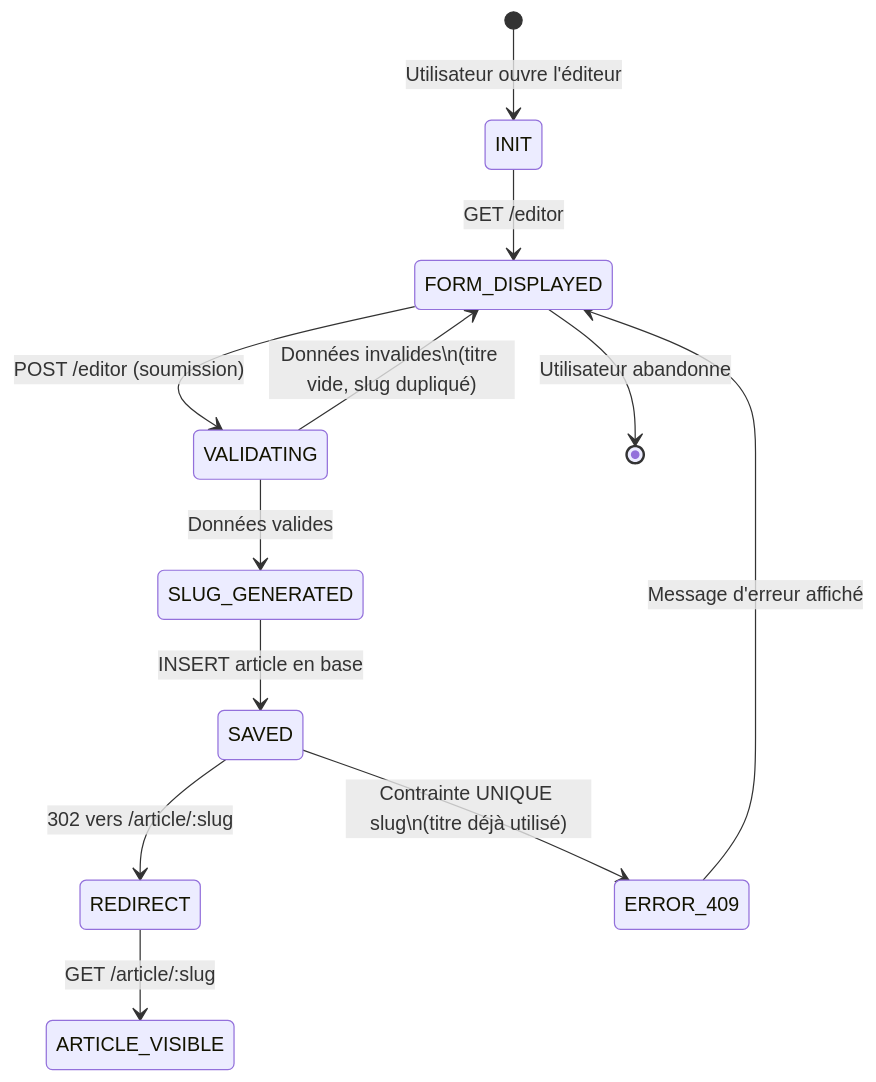
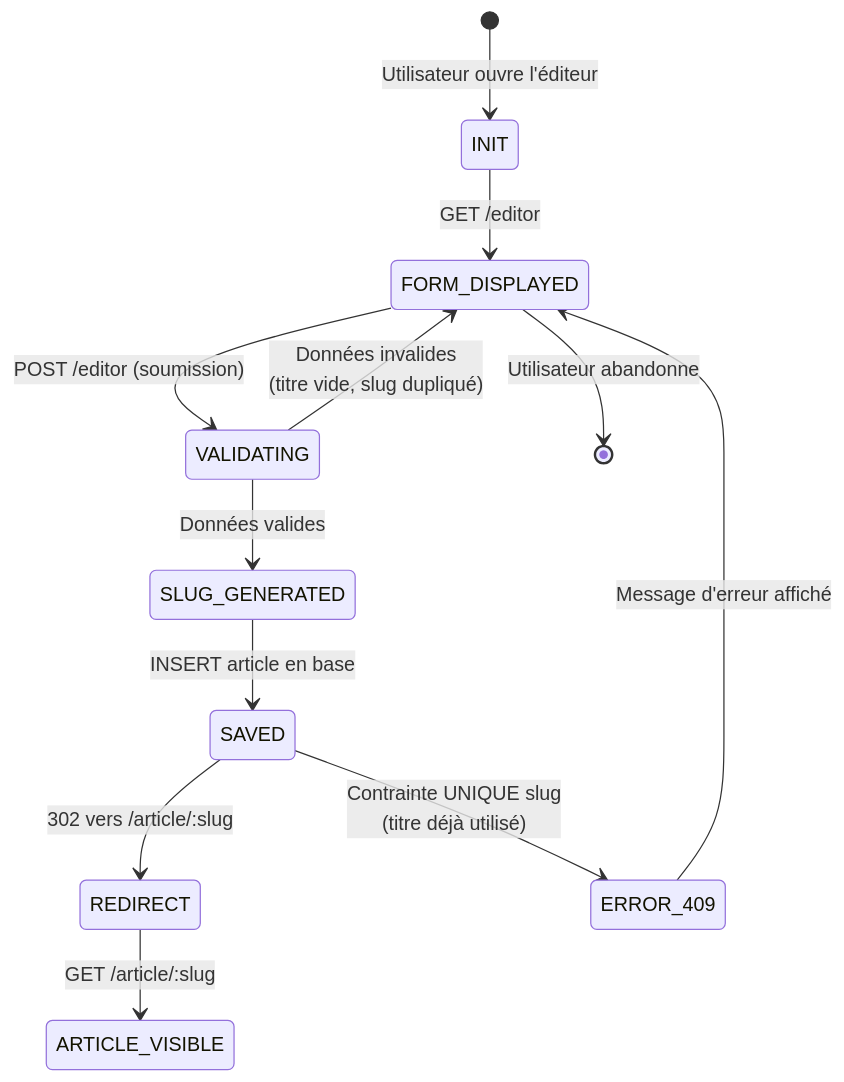
Before and after one commit to LiolluryZ/migration-ai: the sixth of 19 diagrams in MIGRATION_WORKFLOW.md, drawn with Mermaid. The commit also changed other lines of this file, not shown here.

````diff
--- a/MIGRATION_WORKFLOW.md
+++ b/MIGRATION_WORKFLOW.md
@@ -336,14 +375,14 @@
 ```mermaid
 stateDiagram-v2
     [*] --> INIT : Utilisateur ouvre l'éditeur
     INIT --> FORM_DISPLAYED : GET /editor
     FORM_DISPLAYED --> VALIDATING : POST /editor (soumission)
-    VALIDATING --> FORM_DISPLAYED : Données invalides\n(titre vide, slug dupliqué)
+    VALIDATING --> FORM_DISPLAYED : Données invalides<br/>(titre vide, slug dupliqué)
     VALIDATING --> SLUG_GENERATED : Données valides
     SLUG_GENERATED --> SAVED : INSERT article en base
     SAVED --> REDIRECT : 302 vers /article/:slug
     REDIRECT --> ARTICLE_VISIBLE : GET /article/:slug
-    SAVED --> ERROR_409 : Contrainte UNIQUE slug\n(titre déjà utilisé)
+    SAVED --> ERROR_409 : Contrainte UNIQUE slug<br/>(titre déjà utilisé)
     ERROR_409 --> FORM_DISPLAYED : Message d'erreur affiché
     FORM_DISPLAYED --> [*] : Utilisateur abandonne
 ```
````
